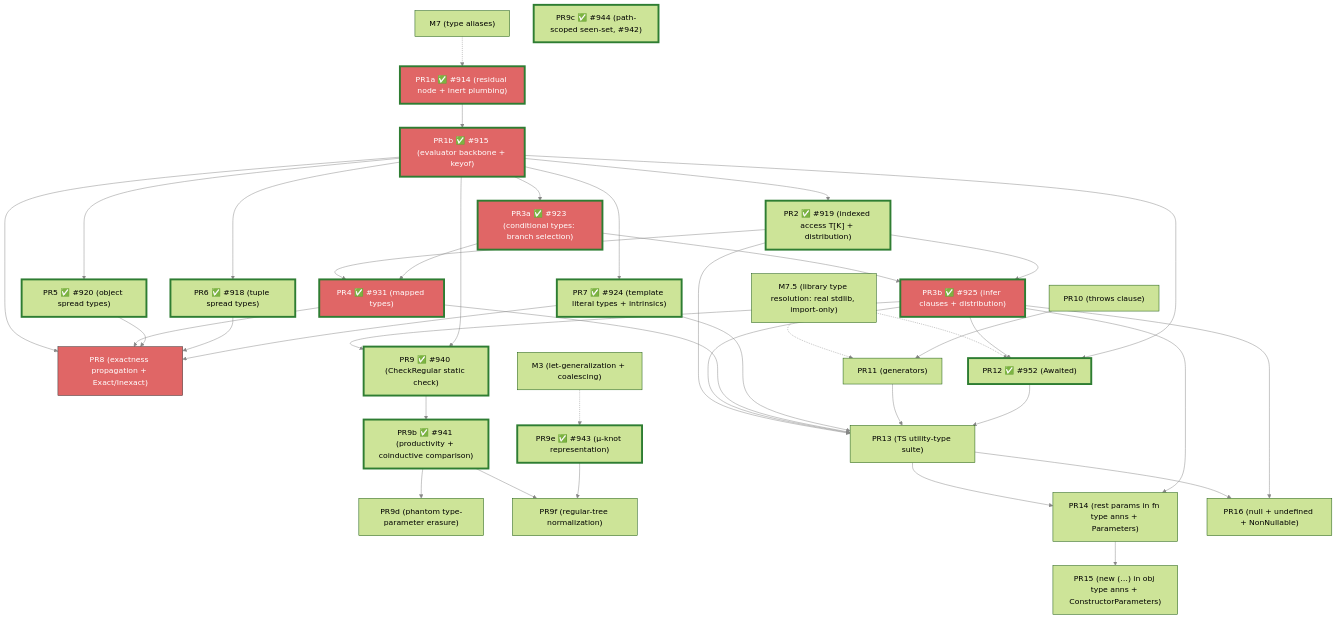
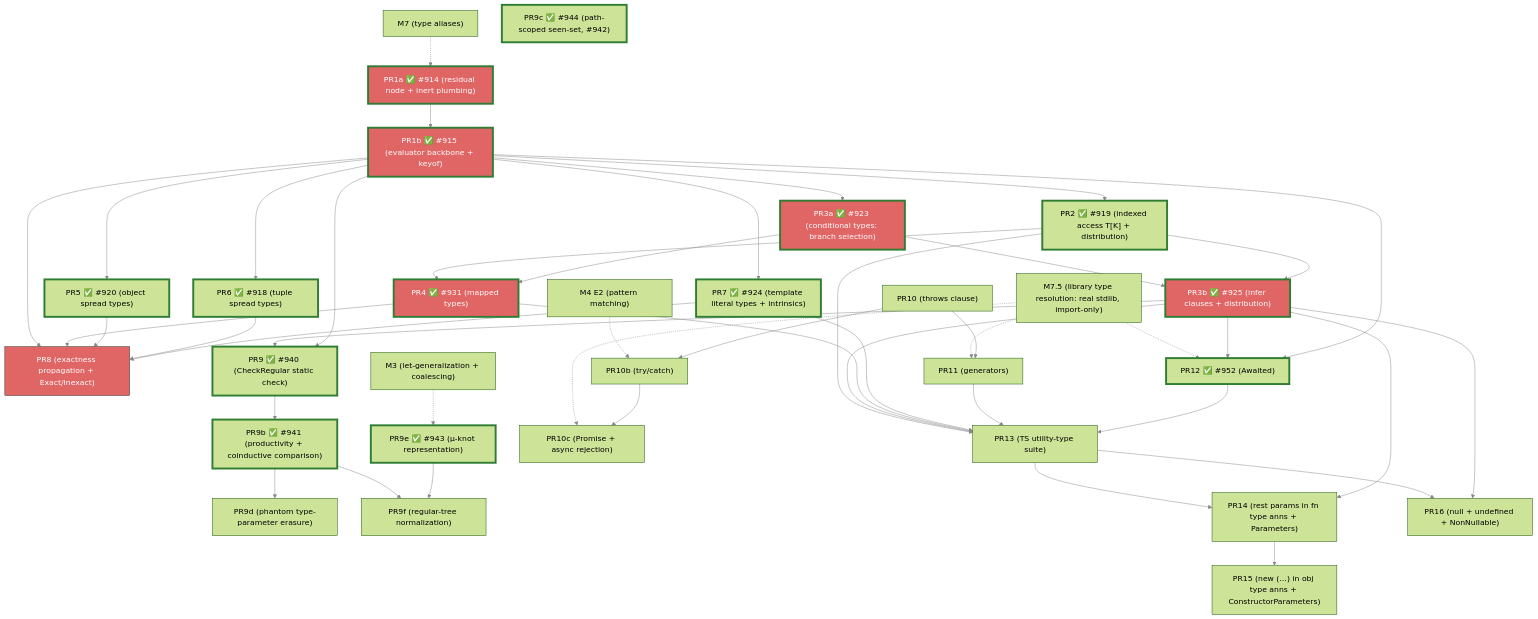
The diagram in planning/simple_sub/m9-implementation-plan.md (escalier-lang/escalier), drawn with Mermaid (forest theme) before and after one commit. The commit also changed other lines of this file and 35 other files, not shown here.

```diff
--- a/planning/simple_sub/m9-implementation-plan.md
+++ b/planning/simple_sub/m9-implementation-plan.md
@@ -1247,6 +1416,9 @@
     PR9f["PR9f (regular-tree normalization)"]
     M3["M3 (let-generalization + coalescing)"]
     PR10["PR10 (throws clause)"]
+    PR10b["PR10b (try/catch)"]
+    PR10c["PR10c (Promise<T, E> + async rejection)"]
+    M4E2["M4 E2 (pattern matching)"]
     PR11["PR11 (generators)"]
     PR12["PR12 ✅ #952 (Awaited<T>)"]
     PR13["PR13 (TS utility-type suite)"]
@@ -1255,8 +1427,10 @@
     PR16["PR16 (null + undefined + NonNullable<T>)"]
 
     M7 -.-> PR1a
+    M75 -.-> PR10c
     M75 -.-> PR11
     M75 -.-> PR12
+    M4E2 -.-> PR10b
     M3 -.-> PR9e
 
     PR1a --> PR1b
@@ -1286,7 +1460,9 @@
     PR6 --> PR8
     PR7 --> PR8
     PR7 --> PR13
+    PR10 --> PR10b
     PR10 --> PR11
+    PR10b --> PR10c
     PR11 --> PR13
     PR12 --> PR13
     PR13 --> PR14
```
